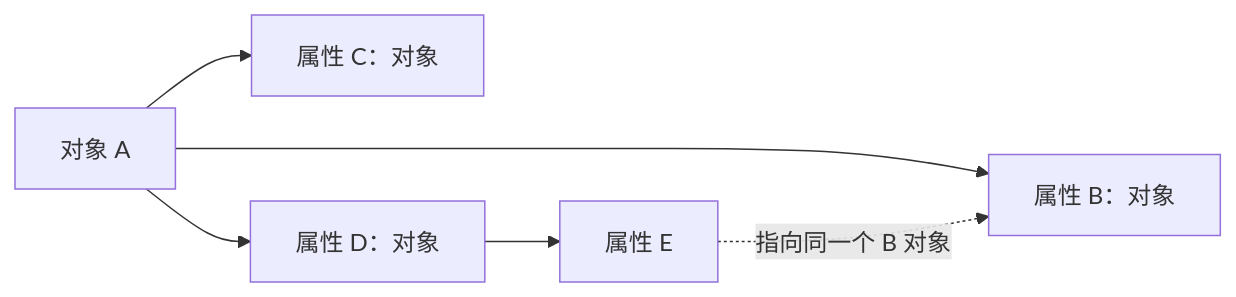
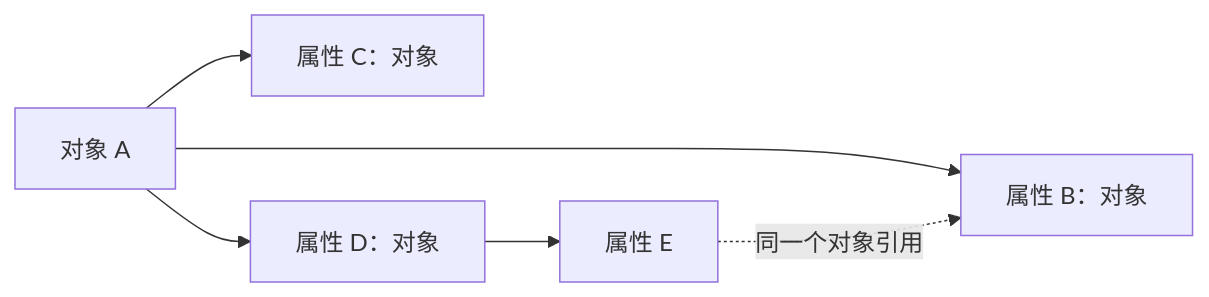
Before and after one commit to coffe1891/frontend-hard-mode-interview: the diagram in 1/1.3.1.md, drawn with Mermaid.

Commit message:
docs: use broadly compatible Mermaid edge labels

````diff
--- a/1/1.3.1.md
+++ b/1/1.3.1.md
@@ -212,8 +212,8 @@
 ```mermaid
 flowchart LR
     A["对象 A"] --> B["属性 B：对象"]
     A --> C["属性 C：对象"]
     A --> D["属性 D：对象"]
     D --> E["属性 E"]
-    E -. "指向同一个 B 对象" .-> B
+    E -.->|同一个对象引用| B
 ```
````
